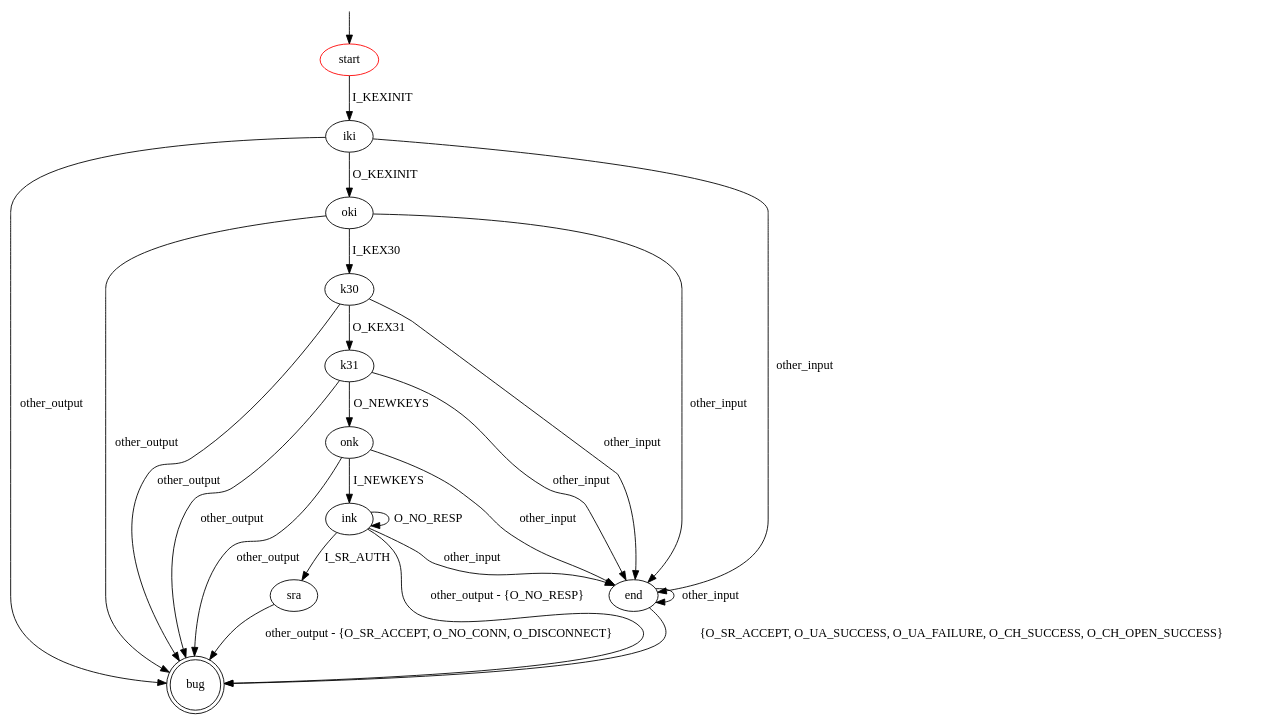
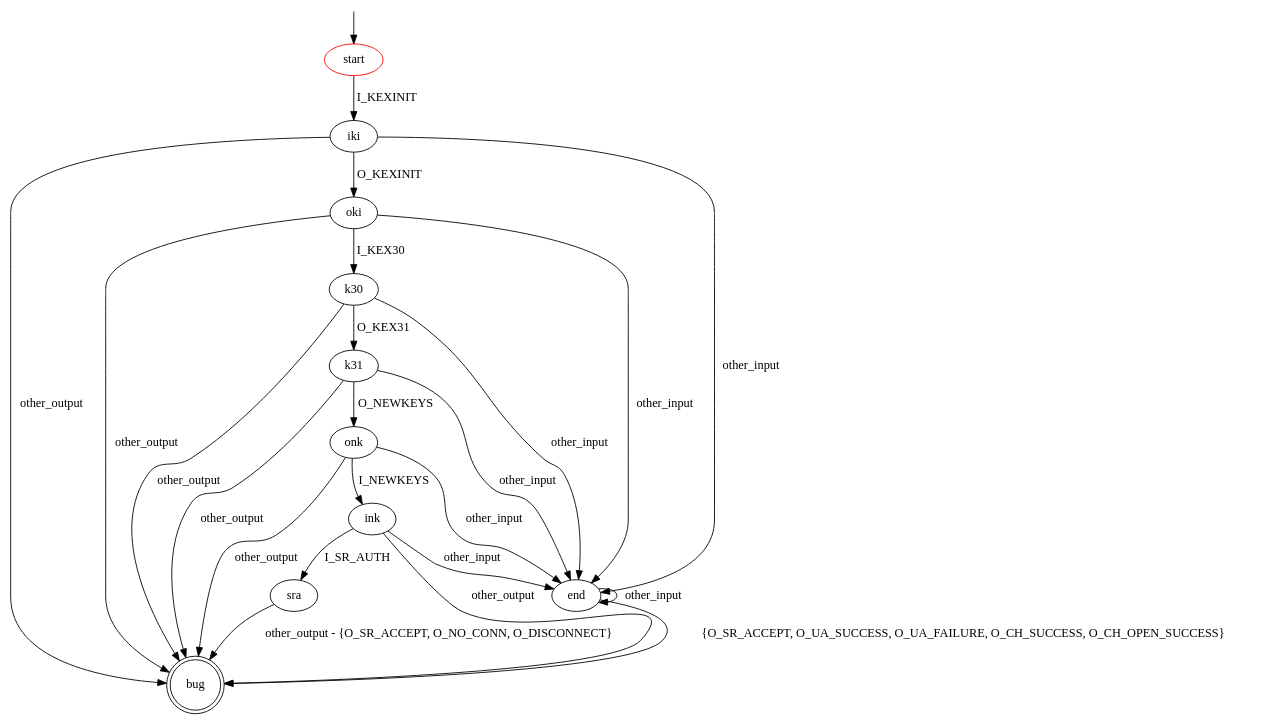
One commit to assist-project/state-machine-bug-finder changed the diagram in src/main/resources/bugpatterns/ssh/transport_layer_bug.dot. Above: the diagram before and after it, drawn with Graphviz. The commit also changed 11 other files, not shown here.

Commit message:
Removed unspecified bug patterns. Retooled bug patterns to use NO_RESP as timeout

```diff
--- a/src/main/resources/bugpatterns/ssh/transport_layer_bug.dot
+++ b/src/main/resources/bugpatterns/ssh/transport_layer_bug.dot
@@ -1,40 +1,39 @@
 digraph G {
 label=""
 start [color="red"]
 bug [shape="doublecircle"]
 
 start -> iki [label="I_KEXINIT"]
 
 iki -> oki [label="O_KEXINIT"]
 iki -> end [label="other_input"]
 iki -> bug [label="other_output"]
 
 oki -> k30 [label="I_KEX30"]
 oki -> end [label="other_input"]
 oki -> bug [label="other_output"]
 
 k30 -> k31 [label="O_KEX31"]
 k30 -> end [label="other_input"]
 k30 -> bug [label="other_output"]
 
 k31 -> onk [label="O_NEWKEYS"]
 k31 -> end [label="other_input"]
 k31 -> bug [label="other_output"]
 
 onk -> ink [label="I_NEWKEYS"]
 onk -> end [label="other_input"]
 onk -> bug [label="other_output"]
 
 ink -> sra [label="I_SR_AUTH"]
-ink -> ink [label="O_NO_RESP"]
 ink -> end [label="other_input"]
-ink -> bug [label="other_output - {O_NO_RESP}"]
+ink -> bug [label="other_output"]
 
 sra -> bug [label="other_output - {O_SR_ACCEPT, O_NO_CONN, O_DISCONNECT}"]
 
 end -> bug [label="{O_SR_ACCEPT, O_UA_SUCCESS, O_UA_FAILURE, O_CH_SUCCESS, O_CH_OPEN_SUCCESS}"]
 end -> end [label="other_input"]
 
 __start0 [label="" shape="none" width="0" height="0"];
 __start0 -> start;
 }
```
